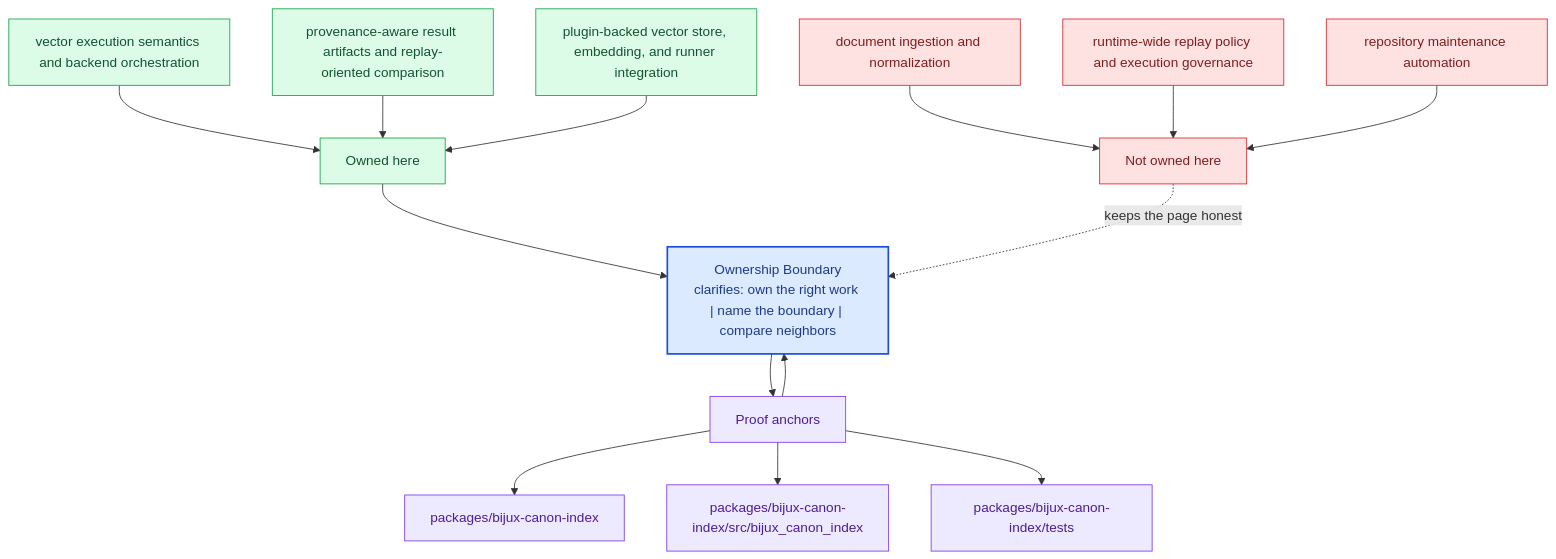
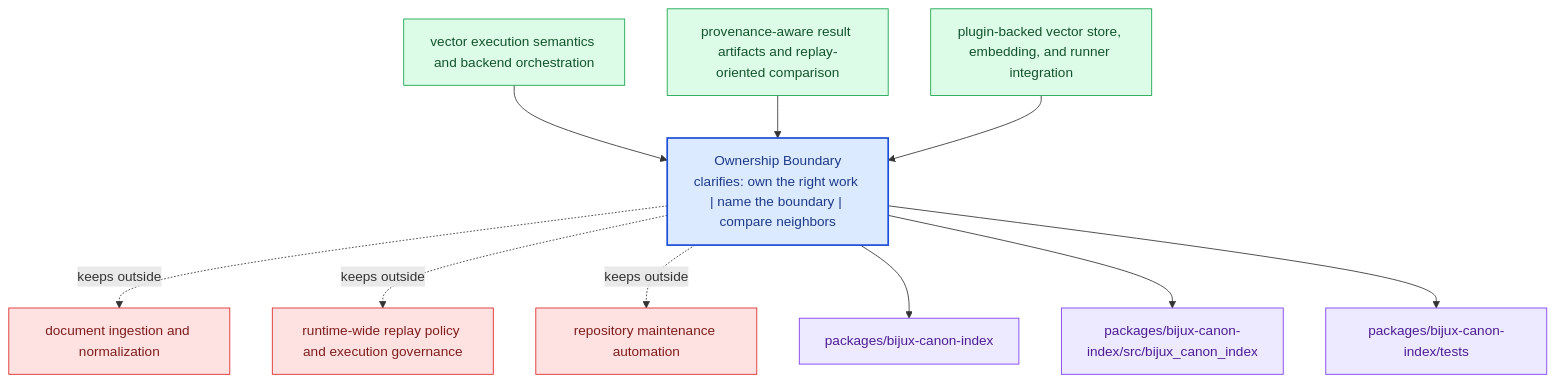
The diagram in docs/bijux-canon-index/foundation/ownership-boundary.md (bijux/bijux-canon), drawn with Mermaid before and after one commit. The commit also changed other lines of this file and 281 other files, not shown here.

Commit message:
docs(diagrams): replace repeated mermaid scaffolds with page-specific summaries

````diff
--- a/docs/bijux-canon-index/foundation/ownership-boundary.md
+++ b/docs/bijux-canon-index/foundation/ownership-boundary.md
@@ -68,40 +23,31 @@
 ```mermaid
 flowchart TB
-    promise["Ownership Boundary<br/>clarifies: own the right work | name the boundary | compare neighbors"]
-    classDef promise fill:#dbeafe,stroke:#1d4ed8,color:#1e3a8a,stroke-width:2px;
-    classDef driver fill:#dcfce7,stroke:#16a34a,color:#14532d;
-    classDef constraint fill:#fee2e2,stroke:#dc2626,color:#7f1d1d;
-    classDef ground fill:#ede9fe,stroke:#7c3aed,color:#4c1d95;
-    focus1["Owned here"]
-    focus1 --> promise
-    focus1_1["vector execution semantics and backend orchestration"]
-    focus1_1 --> focus1
-    focus1_2["provenance-aware result artifacts and replay-oriented comparison"]
-    focus1_2 --> focus1
-    focus1_3["plugin-backed vector store, embedding, and runner integration"]
-    focus1_3 --> focus1
-    class focus1 driver;
-    class focus1_1,focus1_2,focus1_3 driver;
-    focus2["Not owned here"]
-    focus2 -.keeps the page honest.-> promise
-    focus2_1["document ingestion and normalization"]
-    focus2_1 --> focus2
-    focus2_2["runtime-wide replay policy and execution governance"]
-    focus2_2 --> focus2
-    focus2_3["repository maintenance automation"]
-    focus2_3 --> focus2
-    class focus2 constraint;
-    class focus2_1,focus2_2,focus2_3 constraint;
-    focus3["Proof anchors"]
-    focus3 --> promise
-    promise --> focus3
-    focus3_1["packages/bijux-canon-index"]
-    focus3 --> focus3_1
-    focus3_2["packages/bijux-canon-index/src/bijux_canon_index"]
-    focus3 --> focus3_2
-    focus3_3["packages/bijux-canon-index/tests"]
-    focus3 --> focus3_3
-    class focus3 ground;
-    class focus3_1,focus3_2,focus3_3 ground;
-    class promise promise;
+    page["Ownership Boundary<br/>clarifies: own the right work | name the boundary | compare neighbors"]
+    classDef page fill:#dbeafe,stroke:#1d4ed8,color:#1e3a8a,stroke-width:2px;
+    classDef positive fill:#dcfce7,stroke:#16a34a,color:#14532d;
+    classDef caution fill:#fee2e2,stroke:#dc2626,color:#7f1d1d;
+    classDef anchor fill:#ede9fe,stroke:#7c3aed,color:#4c1d95;
+    classDef action fill:#fef3c7,stroke:#d97706,color:#7c2d12;
+    own1["vector execution semantics and backend orchestration"]
+    own1 --> page
+    own2["provenance-aware result artifacts and replay-oriented comparison"]
+    own2 --> page
+    own3["plugin-backed vector store, embedding, and runner integration"]
+    own3 --> page
+    limit1["document ingestion and normalization"]
+    page -.keeps outside.-> limit1
+    limit2["runtime-wide replay policy and execution governance"]
+    page -.keeps outside.-> limit2
+    limit3["repository maintenance automation"]
+    page -.keeps outside.-> limit3
+    anchor1["packages/bijux-canon-index"]
+    page --> anchor1
+    anchor2["packages/bijux-canon-index/src/bijux_canon_index"]
+    page --> anchor2
+    anchor3["packages/bijux-canon-index/tests"]
+    page --> anchor3
+    class page page;
+    class own1,own2,own3 positive;
+    class limit1,limit2,limit3 caution;
+    class anchor1,anchor2,anchor3 anchor;
 ```
````
